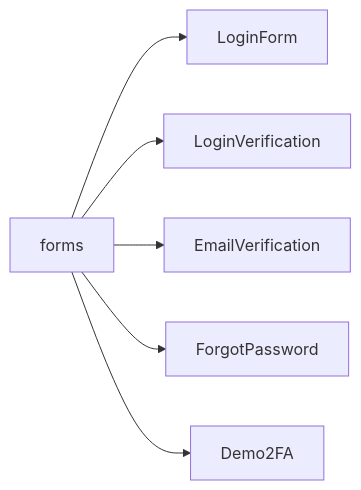
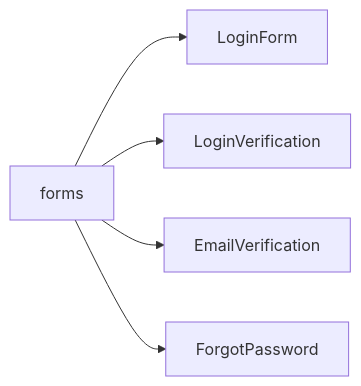
One commit to neofuture/chatr changed the fifth of 9 diagrams in Documentation/Frontend/Components/index.md. Above: the diagram before and after it, drawn with Mermaid. The commit also changed 69 other files, not shown here.

````diff
--- a/Documentation/Frontend/Components/index.md
+++ b/Documentation/Frontend/Components/index.md
@@ -49,8 +49,7 @@
 ```mermaid
 graph LR
     forms --> LoginForm
     forms --> LoginVerification
     forms --> EmailVerification
     forms --> ForgotPassword
-    forms --> Demo2FA
 ```
````
